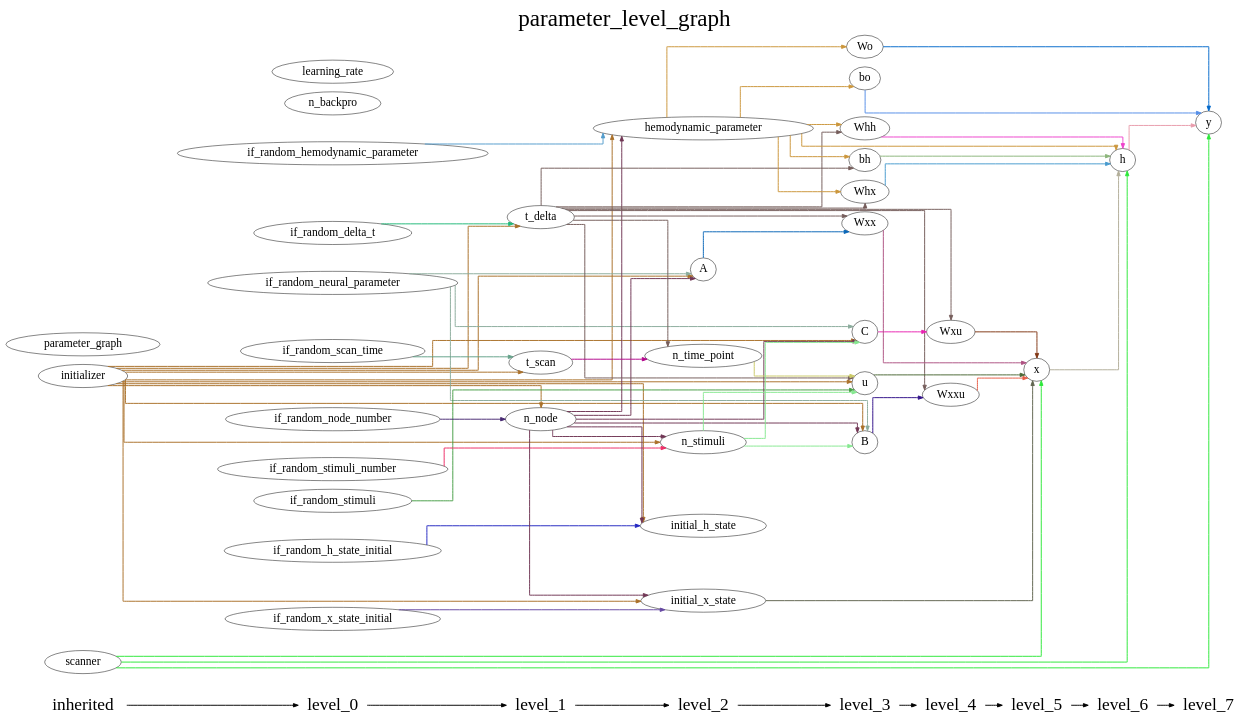
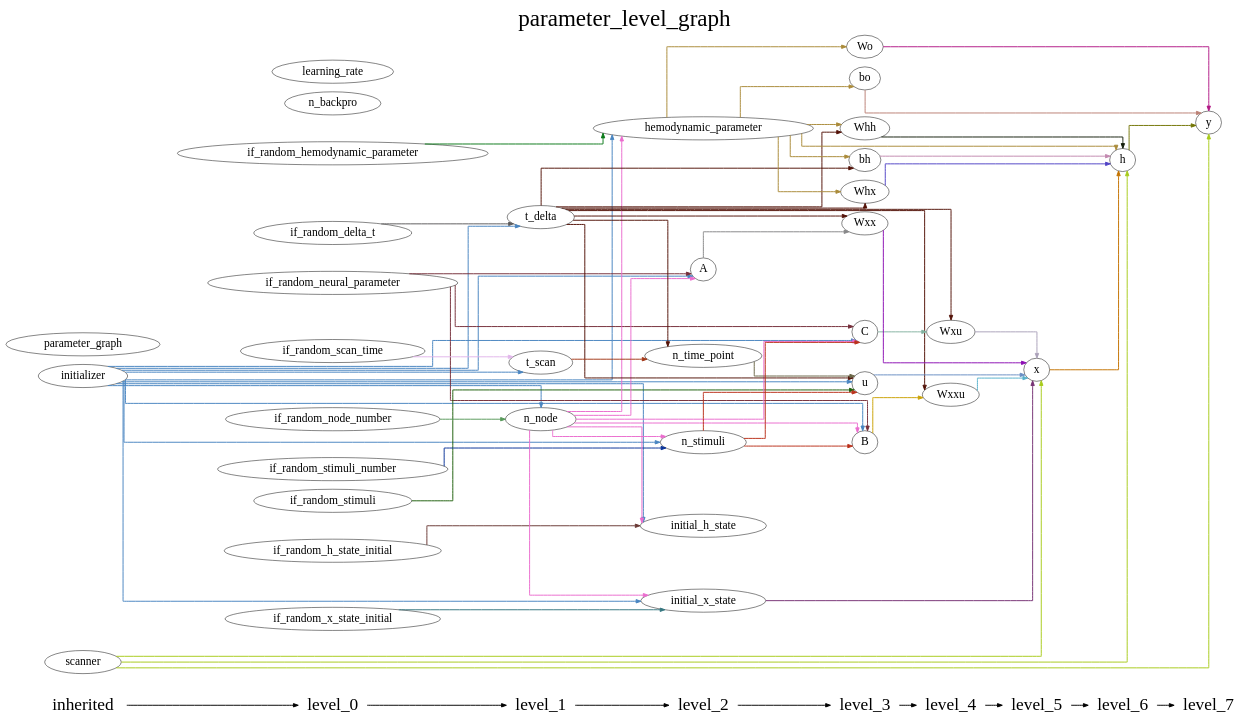
One commit to YuanWangOnward/DCM_RNN changed the diagram in DCM_RNN/documents/parameter_level_graph.gv. Above: the diagram before and after it, drawn with Graphviz. The commit also changed 6 other files, not shown here.

```diff
--- a/DCM_RNN/documents/parameter_level_graph.gv
+++ b/DCM_RNN/documents/parameter_level_graph.gv
@@ -1,156 +1,156 @@
 digraph G {
           splines=ortho;
           fontsize = 48;
           rankdir = "LR";
           node[fontsize=24];
           edge[penwidth=2];
           {
           node [shape=plaintext fontsize=36];
           inherited -> 
           level_0 -> 
           level_1 -> 
           level_2 -> 
           level_3 -> 
           level_4 -> 
           level_5 -> 
           level_6 -> 
           level_7
           }
           {rank = same;
           inherited;
           initializer;
           parameter_graph;
           scanner;
           }
           {rank = same;
           level_0;
           if_random_neural_parameter;
           if_random_hemodynamic_parameter;
           if_random_x_state_initial;
           if_random_h_state_initial;
           if_random_stimuli;
           if_random_node_number;
           if_random_stimuli_number;
           if_random_delta_t;
           if_random_scan_time;
           n_backpro;
           learning_rate;
           }
           {rank = same;
           level_1;
           n_node;
           t_delta;
           t_scan;
           }
           {rank = same;
           level_2;
           n_time_point;
           n_stimuli;
           A;
           hemodynamic_parameter;
           initial_x_state;
           initial_h_state;
           }
           {rank = same;
           level_3;
           u;
           B;
           C;
           Wxx;
           Whx;
           Whh;
           bh;
           Wo;
           bo;
           }
           {rank = same;
           level_4;
           Wxxu;
           Wxu;
           }
           {rank = same;
           level_5;
           x;
           }
           {rank = same;
           level_6;
           h;
           }
           {rank = same;
           level_7;
           y;
           }
-          Whx -> h [color="#489BCE"];
-          Wxu -> x [color="#813714"];
-          t_scan -> n_time_point [color="#B2068B"];
-          n_stimuli -> C [color="#86E891"];
-          n_stimuli -> u [color="#86E891"];
-          n_stimuli -> B [color="#86E891"];
-          if_random_neural_parameter -> A [color="#8BAC9C"];
-          if_random_neural_parameter -> C [color="#8BAC9C"];
-          if_random_neural_parameter -> B [color="#8BAC9C"];
-          h -> y [color="#E99CAC"];
-          if_random_hemodynamic_parameter -> hemodynamic_parameter [color="#539CCC"];
+          n_stimuli -> B [color="#BB311B"];
+          n_stimuli -> C [color="#BB311B"];
+          n_stimuli -> u [color="#BB311B"];
           learning_rate ;
+          initial_h_state ;
+          n_time_point -> u [color="#6A6647"];
+          if_random_delta_t -> t_delta [color="#5B5A5B"];
+          Whx -> h [color="#5143C6"];
+          Wxu -> x [color="#ABA1B9"];
+          n_backpro ;
+          hemodynamic_parameter -> Whx [color="#AA8A39"];
+          hemodynamic_parameter -> Wo [color="#AA8A39"];
+          hemodynamic_parameter -> bh [color="#AA8A39"];
+          hemodynamic_parameter -> bo [color="#AA8A39"];
+          hemodynamic_parameter -> Whh [color="#AA8A39"];
+          hemodynamic_parameter -> h [color="#AA8A39"];
+          scanner -> y [color="#A8CB1B"];
+          scanner -> h [color="#A8CB1B"];
+          scanner -> x [color="#A8CB1B"];
+          B -> Wxxu [color="#CBA206"];
+          x -> h [color="#C47302"];
+          bh -> h [color="#C389B0"];
+          A -> Wxx [color="#878788"];
+          parameter_graph ;
+          bo -> y [color="#BA8074"];
+          t_scan -> n_time_point [color="#A33818"];
+          Whh -> h [color="#131E0B"];
+          C -> Wxu [color="#83B2A0"];
+          u -> x [color="#698EC3"];
+          if_random_scan_time -> t_scan [color="#E1B5EB"];
+          if_random_stimuli_number -> n_stimuli [color="#083298"];
+          initializer -> n_stimuli [color="#4985C1"];
+          initializer -> initial_h_state [color="#4985C1"];
+          initializer -> hemodynamic_parameter [color="#4985C1"];
+          initializer -> B [color="#4985C1"];
+          initializer -> A [color="#4985C1"];
+          initializer -> t_scan [color="#4985C1"];
+          initializer -> C [color="#4985C1"];
+          initializer -> u [color="#4985C1"];
+          initializer -> t_delta [color="#4985C1"];
+          initializer -> n_node [color="#4985C1"];
+          initializer -> initial_x_state [color="#4985C1"];
+          t_delta -> n_time_point [color="#521107"];
+          t_delta -> Whx [color="#521107"];
+          t_delta -> bh [color="#521107"];
+          t_delta -> Whh [color="#521107"];
+          t_delta -> u [color="#521107"];
+          t_delta -> Wxu [color="#521107"];
+          t_delta -> Wxx [color="#521107"];
+          t_delta -> Wxxu [color="#521107"];
+          h -> y [color="#727404"];
+          n_node -> n_stimuli [color="#EB6CCE"];
+          n_node -> initial_h_state [color="#EB6CCE"];
+          n_node -> hemodynamic_parameter [color="#EB6CCE"];
+          n_node -> B [color="#EB6CCE"];
+          n_node -> A [color="#EB6CCE"];
+          n_node -> C [color="#EB6CCE"];
+          n_node -> initial_x_state [color="#EB6CCE"];
+          Wo -> y [color="#B21A86"];
+          if_random_node_number -> n_node [color="#58995A"];
+          if_random_stimuli -> u [color="#1E600B"];
+          if_random_x_state_initial -> initial_x_state [color="#367780"];
+          if_random_h_state_initial -> initial_h_state [color="#6A3935"];
           y ;
-          x -> h [color="#B2AE99"];
-          n_node -> A [color="#703654"];
-          n_node -> n_stimuli [color="#703654"];
-          n_node -> hemodynamic_parameter [color="#703654"];
-          n_node -> C [color="#703654"];
-          n_node -> initial_x_state [color="#703654"];
-          n_node -> B [color="#703654"];
-          n_node -> initial_h_state [color="#703654"];
-          hemodynamic_parameter -> Whx [color="#CB963B"];
-          hemodynamic_parameter -> h [color="#CB963B"];
-          hemodynamic_parameter -> Wo [color="#CB963B"];
-          hemodynamic_parameter -> bh [color="#CB963B"];
-          hemodynamic_parameter -> bo [color="#CB963B"];
-          hemodynamic_parameter -> Whh [color="#CB963B"];
-          C -> Wxu [color="#E923B1"];
-          initializer -> A [color="#AA7029"];
-          initializer -> n_stimuli [color="#AA7029"];
-          initializer -> n_node [color="#AA7029"];
-          initializer -> hemodynamic_parameter [color="#AA7029"];
-          initializer -> C [color="#AA7029"];
-          initializer -> t_scan [color="#AA7029"];
-          initializer -> t_delta [color="#AA7029"];
-          initializer -> initial_x_state [color="#AA7029"];
-          initializer -> u [color="#AA7029"];
-          initializer -> B [color="#AA7029"];
-          initializer -> initial_h_state [color="#AA7029"];
-          if_random_stimuli_number -> n_stimuli [color="#EE2B65"];
-          Wxxu -> x [color="#E75C45"];
-          n_time_point -> u [color="#CAC967"];
-          if_random_x_state_initial -> initial_x_state [color="#6648A3"];
-          bh -> h [color="#8CB57B"];
-          scanner -> h [color="#2CE839"];
-          scanner -> y [color="#2CE839"];
-          scanner -> x [color="#2CE839"];
-          if_random_node_number -> n_node [color="#482972"];
-          t_delta -> Wxxu [color="#755C5A"];
-          t_delta -> Whx [color="#755C5A"];
-          t_delta -> Wxu [color="#755C5A"];
-          t_delta -> Wxx [color="#755C5A"];
-          t_delta -> n_time_point [color="#755C5A"];
-          t_delta -> bh [color="#755C5A"];
-          t_delta -> u [color="#755C5A"];
-          t_delta -> Whh [color="#755C5A"];
-          B -> Wxxu [color="#311089"];
-          if_random_scan_time -> t_scan [color="#64A189"];
-          initial_x_state -> x [color="#616550"];
-          parameter_graph ;
-          A -> Wxx [color="#0966B7"];
-          if_random_delta_t -> t_delta [color="#20B879"];
-          n_backpro ;
-          Whh -> h [color="#EE42CC"];
-          u -> x [color="#4B6835"];
-          Wo -> y [color="#056ACB"];
-          if_random_stimuli -> u [color="#489E47"];
-          Wxx -> x [color="#AE5282"];
-          initial_h_state ;
-          bo -> y [color="#548EE7"];
-          if_random_h_state_initial -> initial_h_state [color="#2428C2"];
+          Wxx -> x [color="#8C0EB3"];
+          if_random_neural_parameter -> B [color="#762E3A"];
+          if_random_neural_parameter -> A [color="#762E3A"];
+          if_random_neural_parameter -> C [color="#762E3A"];
+          initial_x_state -> x [color="#773274"];
+          if_random_hemodynamic_parameter -> hemodynamic_parameter [color="#0B7A1A"];
+          Wxxu -> x [color="#57B1CC"];
           labelloc = "t";
           label = "parameter_level_graph";
 }
```
